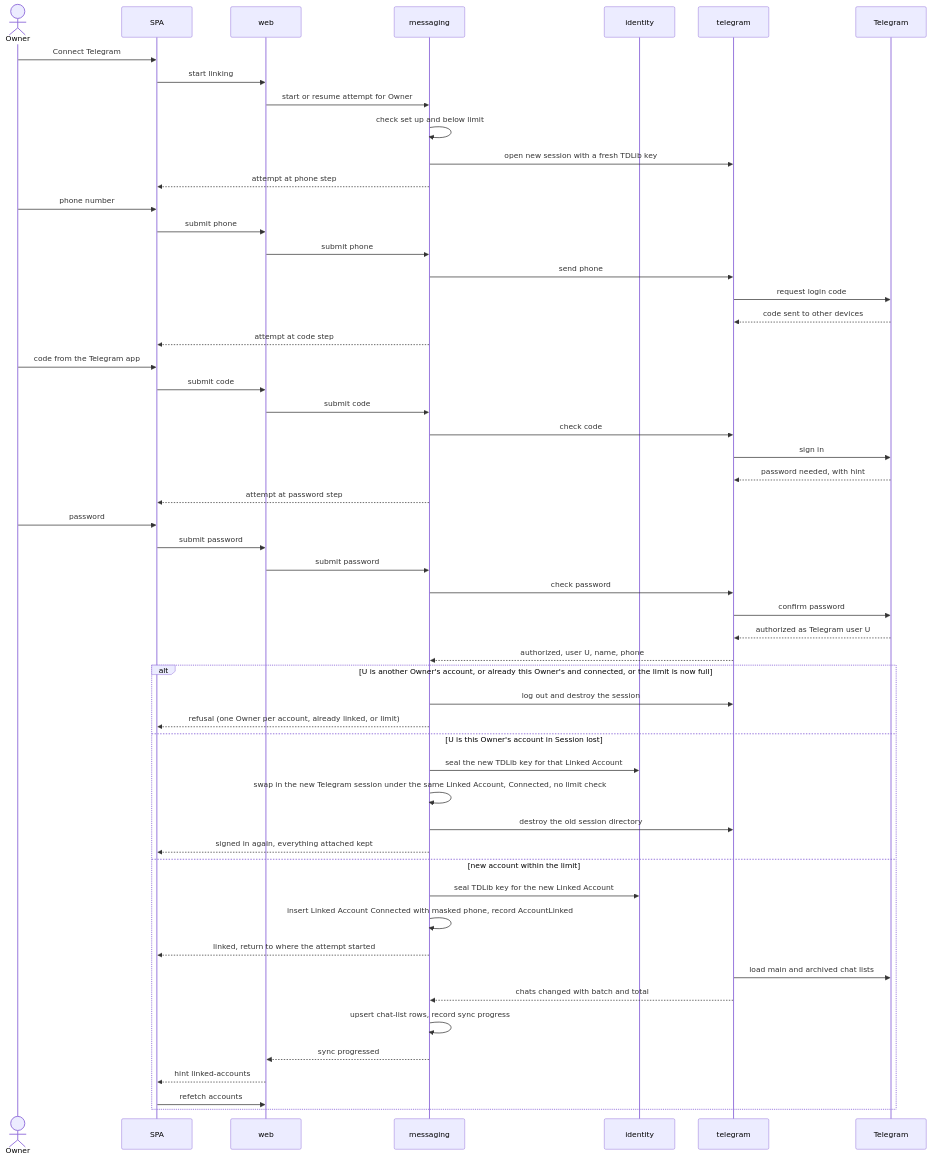
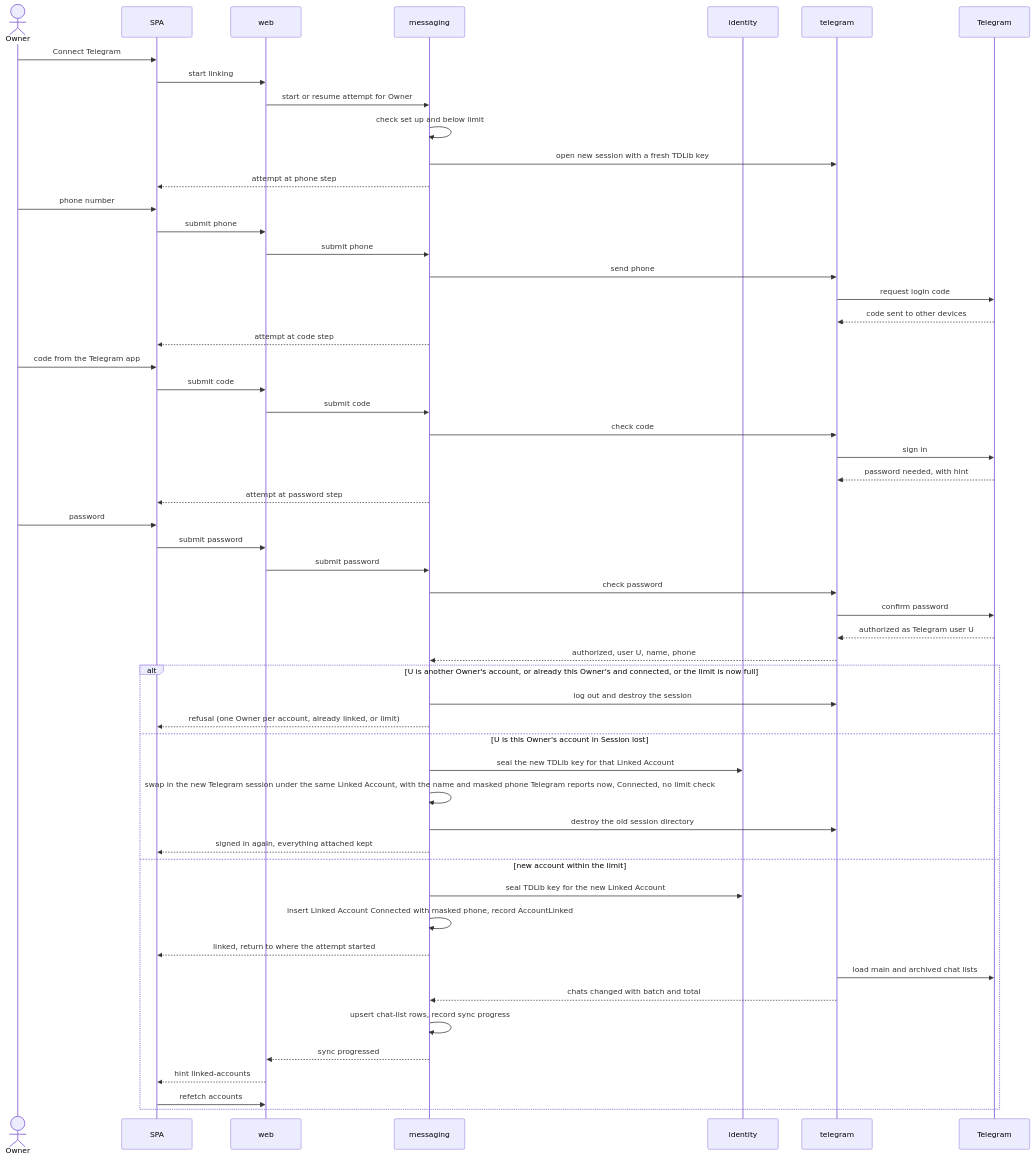
The third of 15 diagrams in docs/features/telegram-link/sad.md (drnetua/telex), drawn with Mermaid before and after one commit. The commit also changed 4 other files, not shown here.

````diff
--- a/docs/features/telegram-link/sad.md
+++ b/docs/features/telegram-link/sad.md
@@ -233,57 +233,57 @@
 ```mermaid
 sequenceDiagram
     actor Owner
     participant SPA
     participant Web as web
     participant Msg as messaging
     participant Id as identity
     participant Tg as telegram
     participant TG as Telegram
 
     Owner->>SPA: Connect Telegram
     SPA->>Web: start linking
     Web->>Msg: start or resume attempt for Owner
     Msg->>Msg: check set up and below limit
     Msg->>Tg: open new session with a fresh TDLib key
     Msg-->>SPA: attempt at phone step
     Owner->>SPA: phone number
     SPA->>Web: submit phone
     Web->>Msg: submit phone
     Msg->>Tg: send phone
     Tg->>TG: request login code
     TG-->>Tg: code sent to other devices
     Msg-->>SPA: attempt at code step
     Owner->>SPA: code from the Telegram app
     SPA->>Web: submit code
     Web->>Msg: submit code
     Msg->>Tg: check code
     Tg->>TG: sign in
     TG-->>Tg: password needed, with hint
     Msg-->>SPA: attempt at password step
     Owner->>SPA: password
     SPA->>Web: submit password
     Web->>Msg: submit password
     Msg->>Tg: check password
     Tg->>TG: confirm password
     TG-->>Tg: authorized as Telegram user U
     Tg-->>Msg: authorized, user U, name, phone
     alt U is another Owner's account, or already this Owner's and connected, or the limit is now full
         Msg->>Tg: log out and destroy the session
         Msg-->>SPA: refusal (one Owner per account, already linked, or limit)
     else U is this Owner's account in Session lost
         Msg->>Id: seal the new TDLib key for that Linked Account
-        Msg->>Msg: swap in the new Telegram session under the same Linked Account, Connected, no limit check
+        Msg->>Msg: swap in the new Telegram session under the same Linked Account, with the name and masked phone Telegram reports now, Connected, no limit check
         Msg->>Tg: destroy the old session directory
         Msg-->>SPA: signed in again, everything attached kept
     else new account within the limit
         Msg->>Id: seal TDLib key for the new Linked Account
         Msg->>Msg: insert Linked Account Connected with masked phone, record AccountLinked
         Msg-->>SPA: linked, return to where the attempt started
         Tg->>TG: load main and archived chat lists
         Tg-->>Msg: chats changed with batch and total
         Msg->>Msg: upsert chat-list rows, record sync progress
         Msg-->>Web: sync progressed
         Web-->>SPA: hint linked-accounts
         SPA->>Web: refetch accounts
     end
 ```
````
